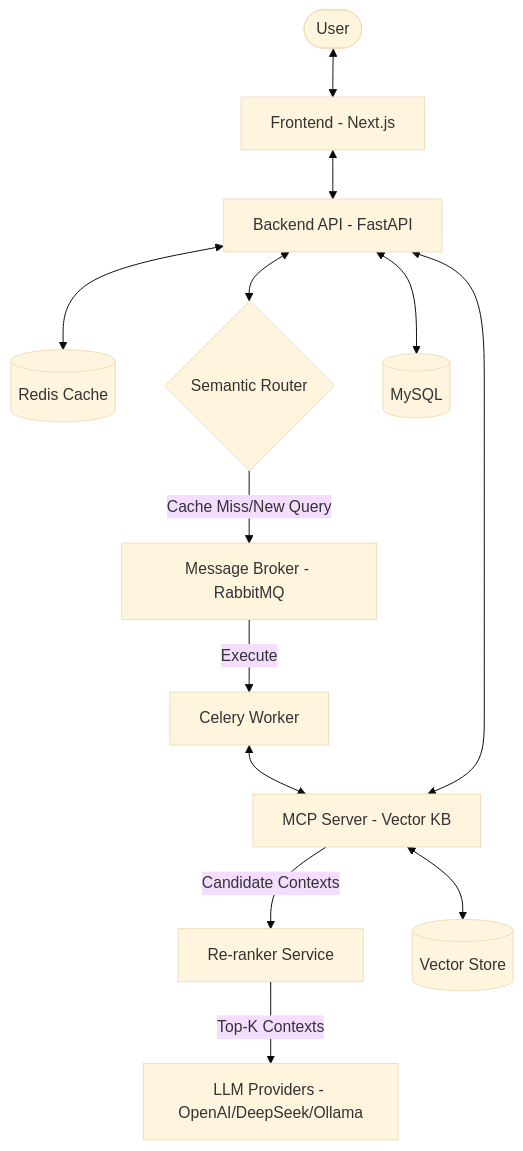
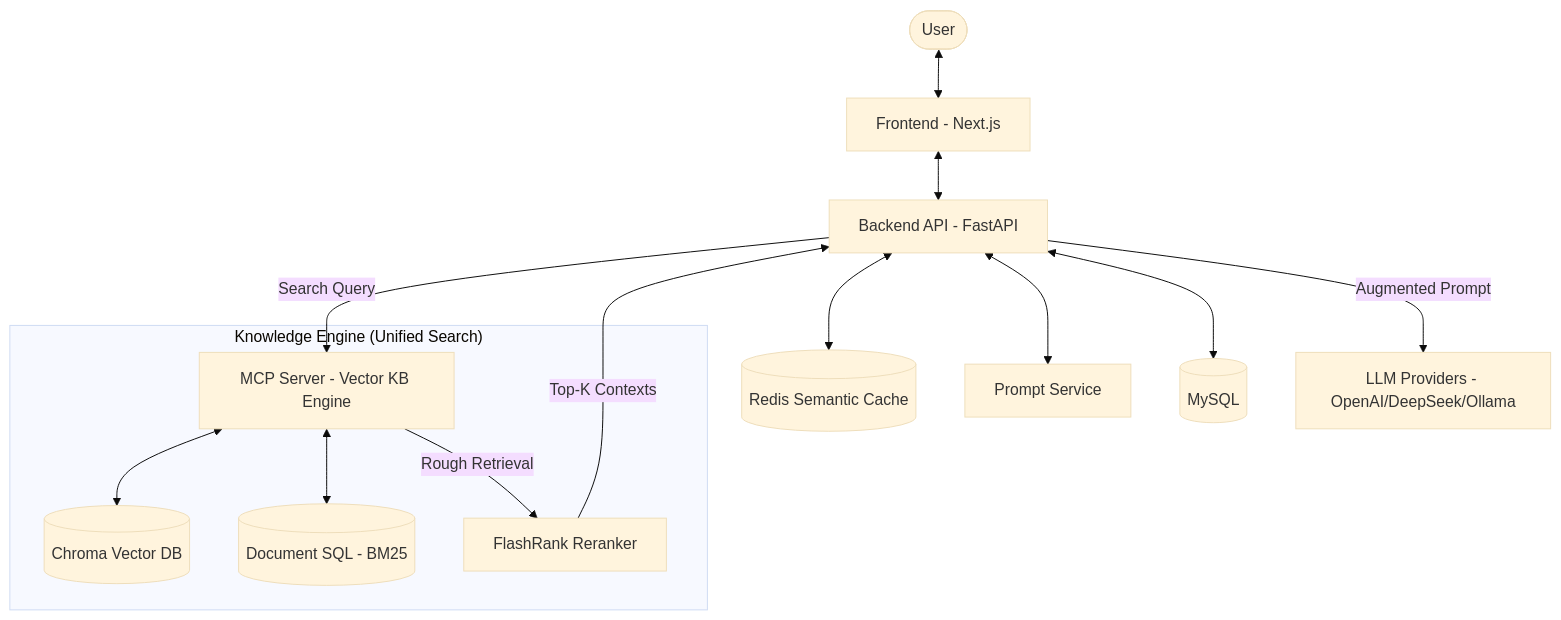
The diagram in agent_docs/architecture.md (akvo/akvo-rag), drawn with Mermaid (base theme) before and after one commit. The commit also changed other lines of this file and 15 other files, not shown here.

Commit message:
[#unified-system] feat(docs): research, architecture, and sprint 2 planning for unified RAG

````diff
--- a/agent_docs/architecture.md
+++ b/agent_docs/architecture.md
@@ -6,15 +6,19 @@
 ```mermaid
 graph TD
     User([User]) <--> Frontend[Frontend - Next.js]
     Frontend <--> Backend[Backend API - FastAPI]
-    Backend <--> Cache[(Redis Cache)]
-    Backend <--> Router{Semantic Router}
+    Backend <--> Cache[(Redis Semantic Cache)]
+    Backend <--> Prompt[Prompt Service]
     Backend <--> DB[(MySQL)]
-    Router -- Cache Miss/New Query --> Broker[Message Broker - RabbitMQ]
-    Broker -- Execute --> Worker[Celery Worker]
-    Worker <--> MCP[MCP Server - Vector KB]
-    MCP -- Candidate Contexts --> Reranker[Re-ranker Service]
-    Reranker -- Top-K Contexts --> LLM[LLM Providers - OpenAI/DeepSeek/Ollama]
-    Backend <--> MCP
-    MCP <--> VectorDB[(Vector Store)]
+
+    Backend -- Search Query --> MCP[MCP Server - Vector KB Engine]
+
+    subgraph "Knowledge Engine (Unified Search)"
+        MCP <--> Chroma[(Chroma Vector DB)]
+        MCP <--> SQLDocs[(Document SQL - BM25)]
+        MCP -- Rough Retrieval --> Reranker[FlashRank Reranker]
+    end
+
+    Reranker -- Top-K Contexts --> Backend
+    Backend -- Augmented Prompt --> LLM[LLM Providers - OpenAI/DeepSeek/Ollama]
 ```
````
